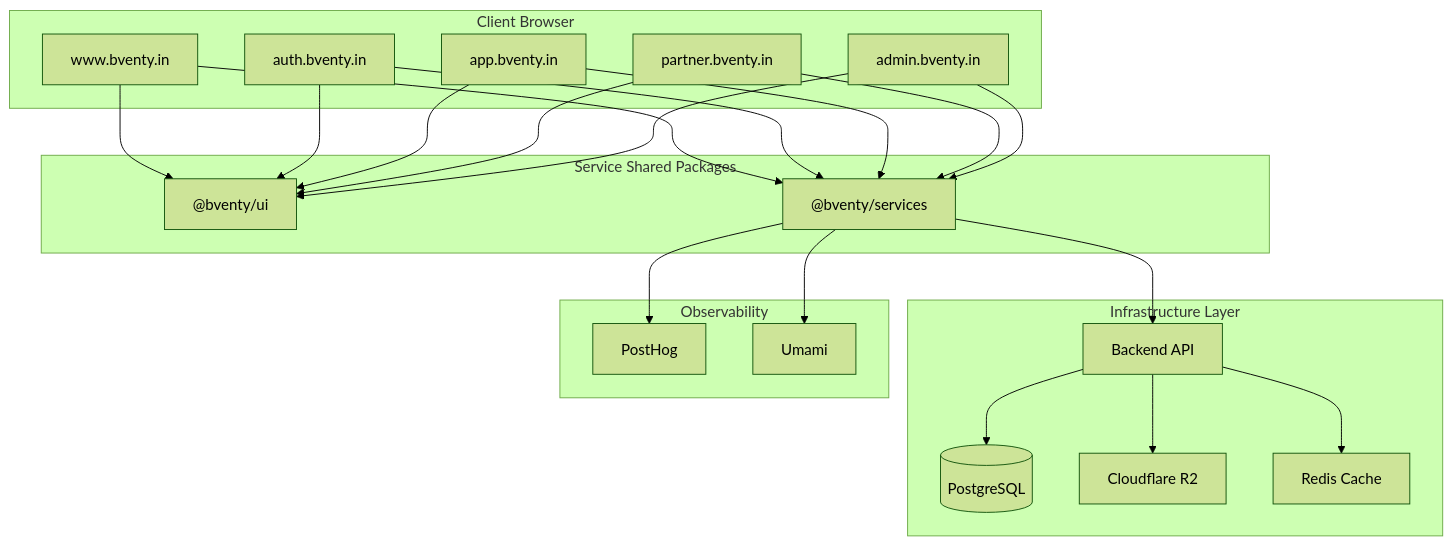
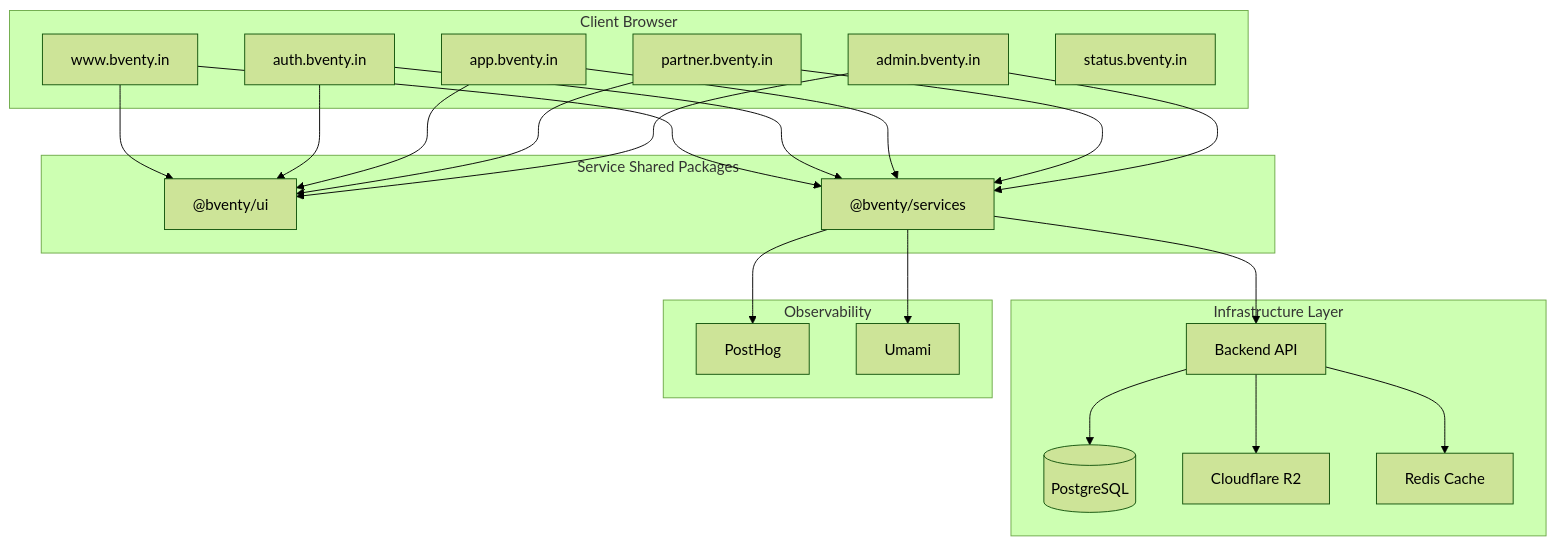
The second of 2 diagrams in README.md (once-human/bventy-web), drawn with Mermaid (forest theme) before and after one commit.

Commit message:
docs: add status subdomain to architecture diagrams

````diff
--- a/README.md
+++ b/README.md
@@ -63,36 +63,37 @@
 ```mermaid
 graph TD
     subgraph Client Browser
         WWW[www.bventy.in]
         AUTH[auth.bventy.in]
         APP[app.bventy.in]
         VENDOR[partner.bventy.in]
         ADMIN[admin.bventy.in]
+        STATUS[status.bventy.in]
     end
 
     subgraph Service Shared Packages
         UI["@bventy/ui"]
         SVC["@bventy/services"]
     end
 
     subgraph Infrastructure Layer
         API[Backend API]
         DB[(PostgreSQL)]
         R2[Cloudflare R2]
         KV[Redis Cache]
     end
 
     subgraph Observability
         PH[PostHog]
         UM[Umami]
     end
 
     WWW & AUTH & APP & VENDOR & ADMIN --> UI
     WWW & AUTH & APP & VENDOR & ADMIN --> SVC
     SVC --> API
     API --> DB
     API --> R2
     API --> KV
     SVC --> PH
     SVC --> UM
 ```
````
